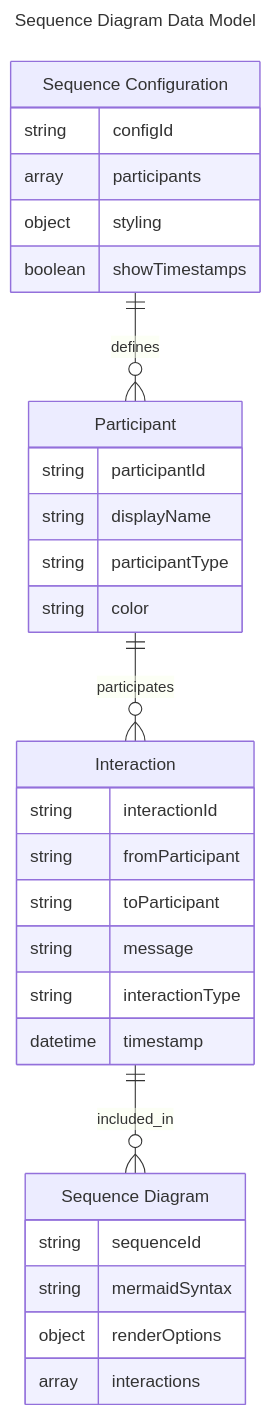
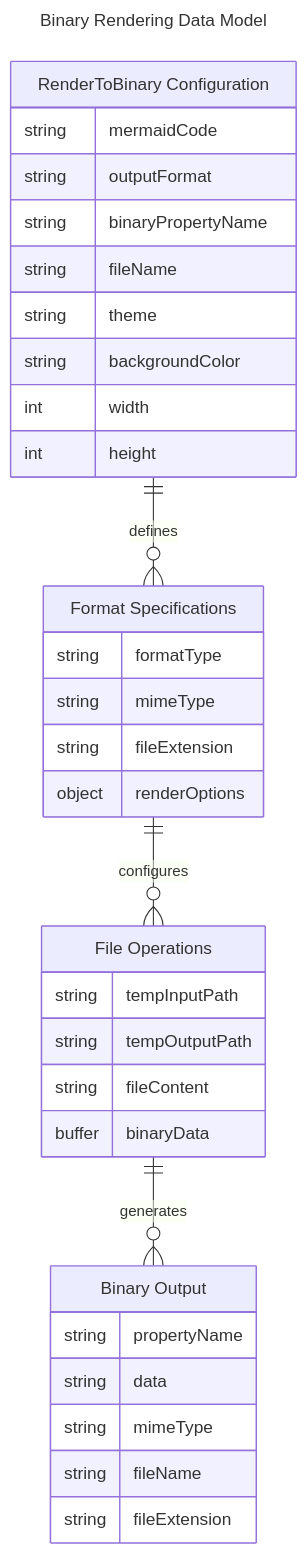
Before and after one commit to RustedVikingOG/n8n-nodes-mermaid: the sixth of 18 diagrams in docs/designs/use_cases.md, drawn with Mermaid. The commit also changed other lines of this file and 5 other files, not shown here.

Commit message:
docs: complete architecture and use cases documentation sync per documenter-prompt requirements

````diff
--- a/docs/designs/use_cases.md
+++ b/docs/designs/use_cases.md
@@ -157,39 +176,42 @@
 ```mermaid
 ---
-title: Sequence Diagram Data Model
+title: Binary Rendering Data Model
 ---
 erDiagram
-    "Sequence Configuration" {
-        string configId
-        array participants
-        object styling
-        boolean showTimestamps
+    "RenderToBinary Configuration" {
+        string mermaidCode
+        string outputFormat
+        string binaryPropertyName
+        string fileName
+        string theme
+        string backgroundColor
+        int width
+        int height
     }
     
-    "Participant" {
-        string participantId
-        string displayName
-        string participantType
-        string color
+    "Format Specifications" {
+        string formatType
+        string mimeType
+        string fileExtension
+        object renderOptions
     }
     
-    "Interaction" {
-        string interactionId
-        string fromParticipant
-        string toParticipant
-        string message
-        string interactionType
-        datetime timestamp
+    "Binary Output" {
+        string propertyName
+        string data
+        string mimeType
+        string fileName
+        string fileExtension
     }
     
-    "Sequence Diagram" {
-        string sequenceId
-        string mermaidSyntax
-        object renderOptions
-        array interactions
+    "File Operations" {
+        string tempInputPath
+        string tempOutputPath
+        string fileContent
+        buffer binaryData
     }
     
-    "Sequence Configuration" ||--o{ "Participant" : defines
-    "Participant" ||--o{ "Interaction" : participates
-    "Interaction" ||--o{ "Sequence Diagram" : included_in
+    "RenderToBinary Configuration" ||--o{ "Format Specifications" : defines
+    "Format Specifications" ||--o{ "File Operations" : configures
+    "File Operations" ||--o{ "Binary Output" : generates
 ```
````
